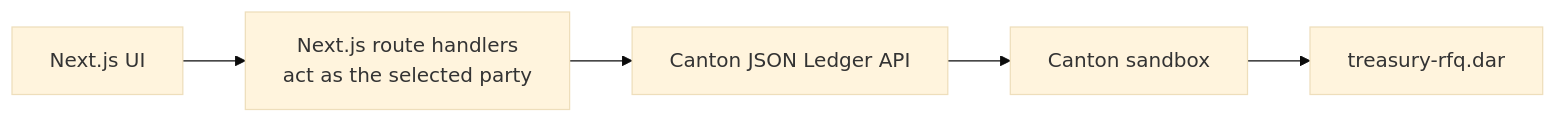
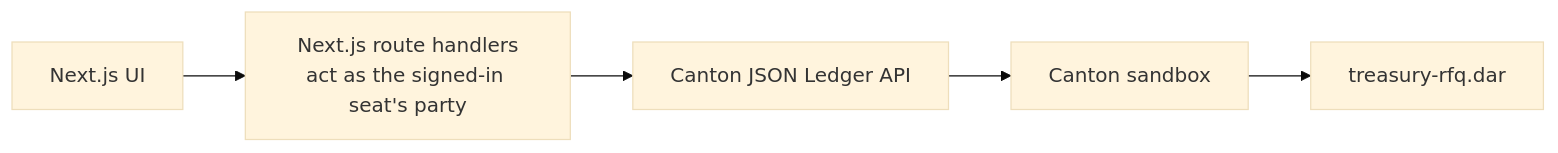
The first of 3 diagrams in README.md (spyderboy92/hackcanton-season-3-treasury-sell), drawn with Mermaid (base theme) before and after one commit. The commit also changed other lines of this file and 54 other files, not shown here.

````diff
--- a/README.md
+++ b/README.md
@@ -54,4 +60,4 @@
 ```mermaid
 flowchart LR
-  UI["Next.js UI"] --> API["Next.js route handlers<br/>act as the selected party"] --> JSON["Canton JSON Ledger API"] --> SBX["Canton sandbox"] --> DAR["treasury-rfq.dar"]
+  UI["Next.js UI"] --> API["Next.js route handlers<br/>act as the signed-in seat's party"] --> JSON["Canton JSON Ledger API"] --> SBX["Canton sandbox"] --> DAR["treasury-rfq.dar"]
 ```
````
